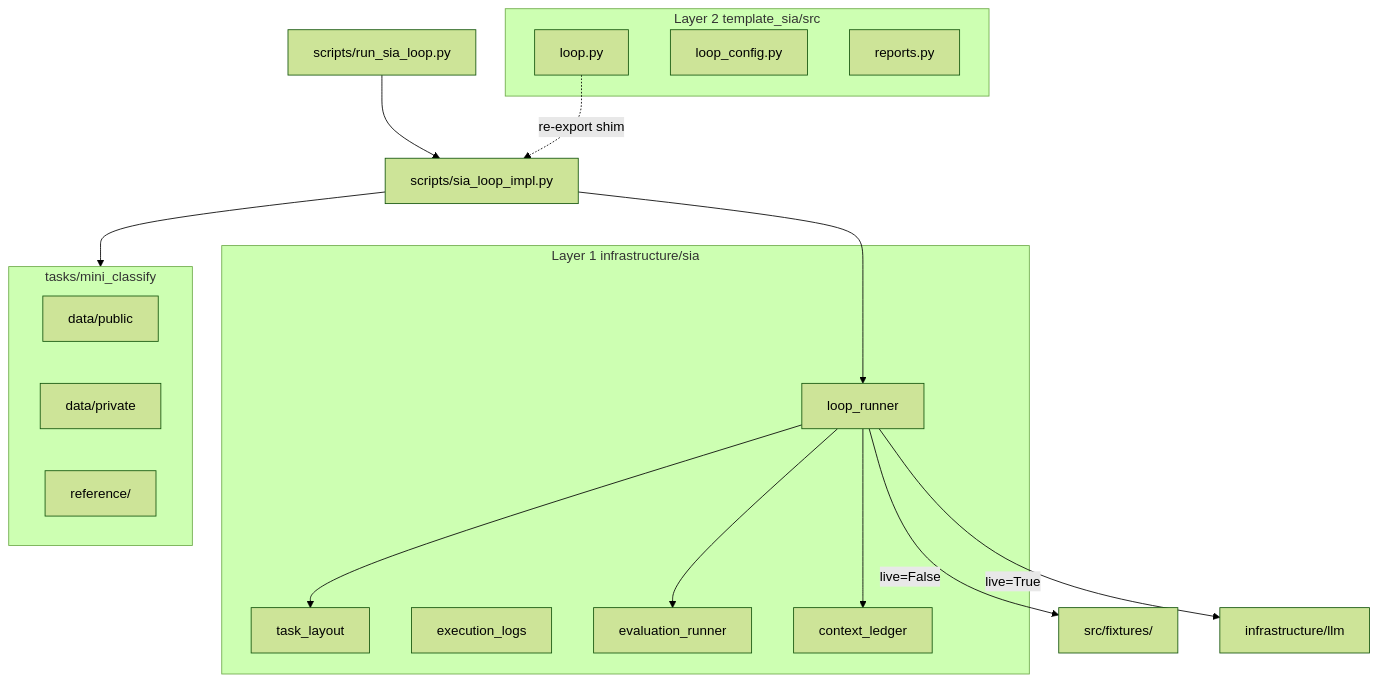
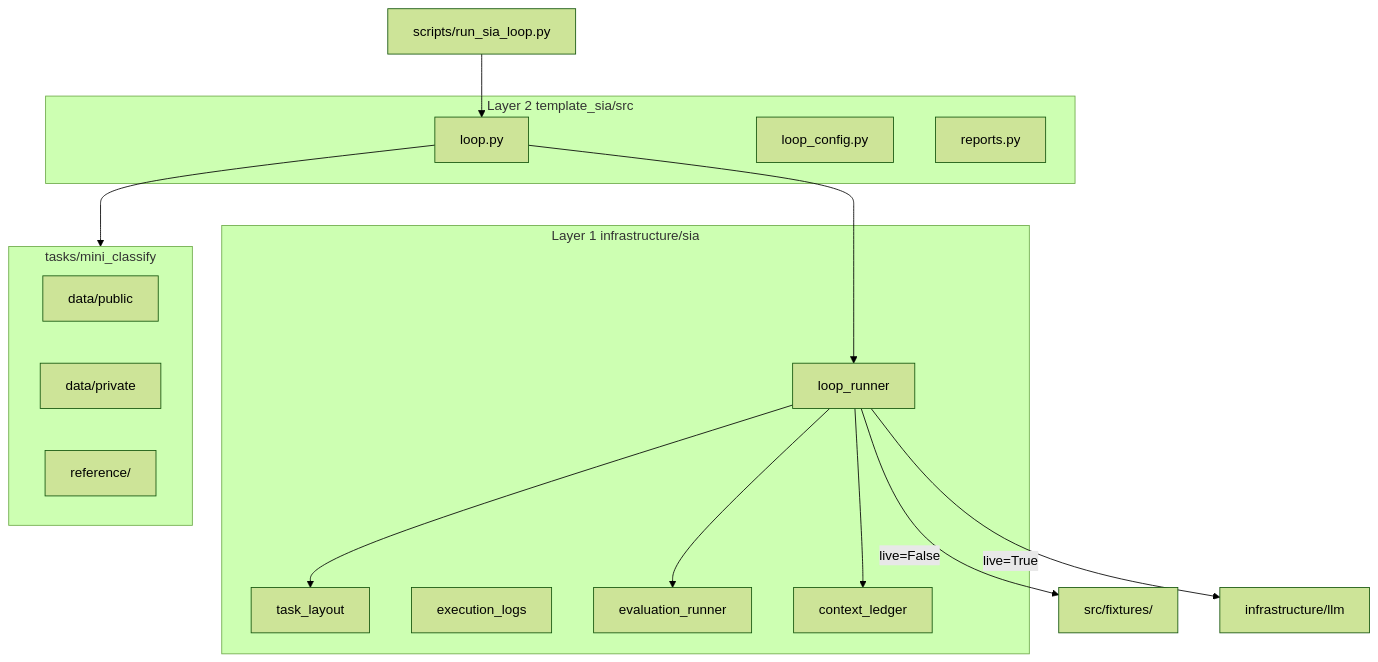
One commit to docxology/template changed the diagram in projects/templates/template_sia/docs/architecture.md. Above: the diagram before and after it, drawn with Mermaid (forest theme). The commit also changed other lines of this file and 1741 other files, not shown here.

````diff
--- a/projects/templates/template_sia/docs/architecture.md
+++ b/projects/templates/template_sia/docs/architecture.md
@@ -5,32 +5,31 @@
 ```mermaid
 flowchart TB
   subgraph L1 [Layer 1 infrastructure/sia]
     TL[task_layout]
     EL[execution_logs]
     ER[evaluation_runner]
     CL[context_ledger]
     LR[loop_runner]
   end
 
   subgraph L2 [Layer 2 template_sia/src]
     LOOP[loop.py]
     CFG[loop_config.py]
     REP[reports.py]
   end
 
   subgraph TASK [tasks/mini_classify]
     PUB[data/public]
     PRIV[data/private]
     REF[reference/]
   end
 
-  SCR[scripts/run_sia_loop.py] --> IMPL[scripts/sia_loop_impl.py]
-  IMPL --> LR
-  LOOP -.re-export shim.-> IMPL
+  SCR[scripts/run_sia_loop.py] --> LOOP
+  LOOP --> LR
   LR --> TL
   LR --> ER
   LR --> CL
-  IMPL --> TASK
+  LOOP --> TASK
   LR -->|live=False| FIX[src/fixtures/]
   LR -->|live=True| LLM[infrastructure/llm]
 ```
````
